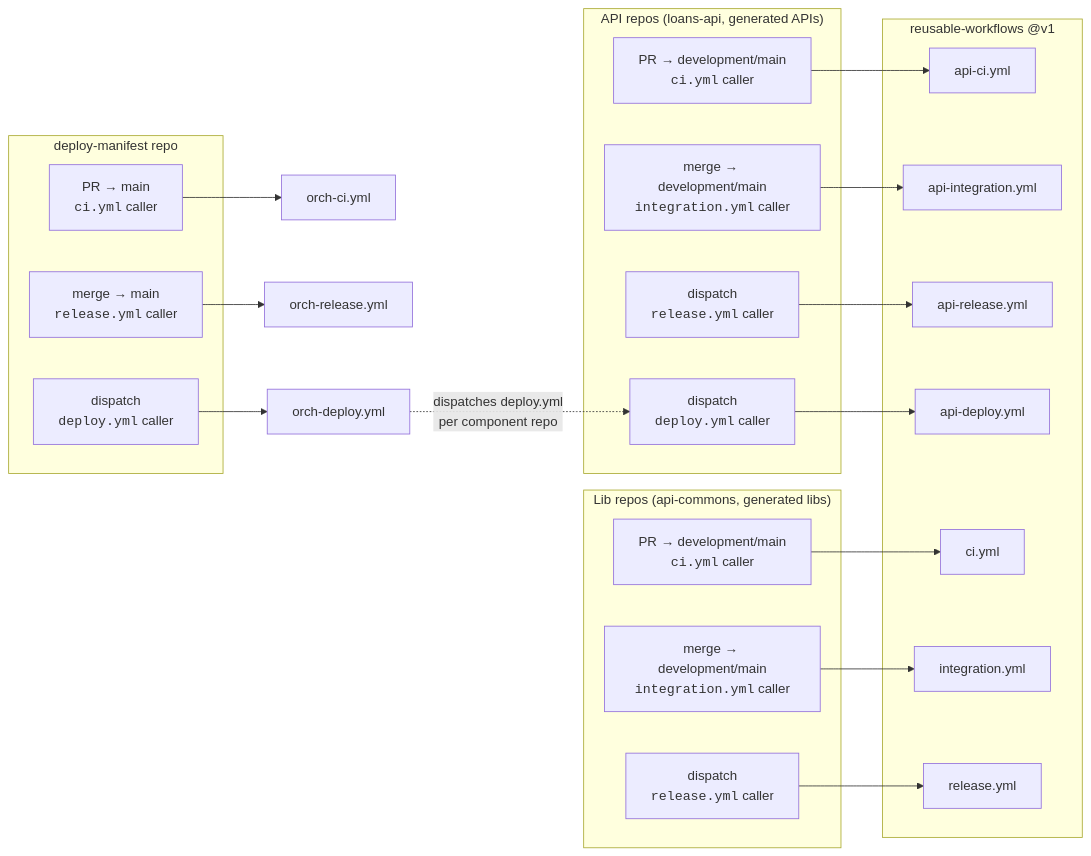
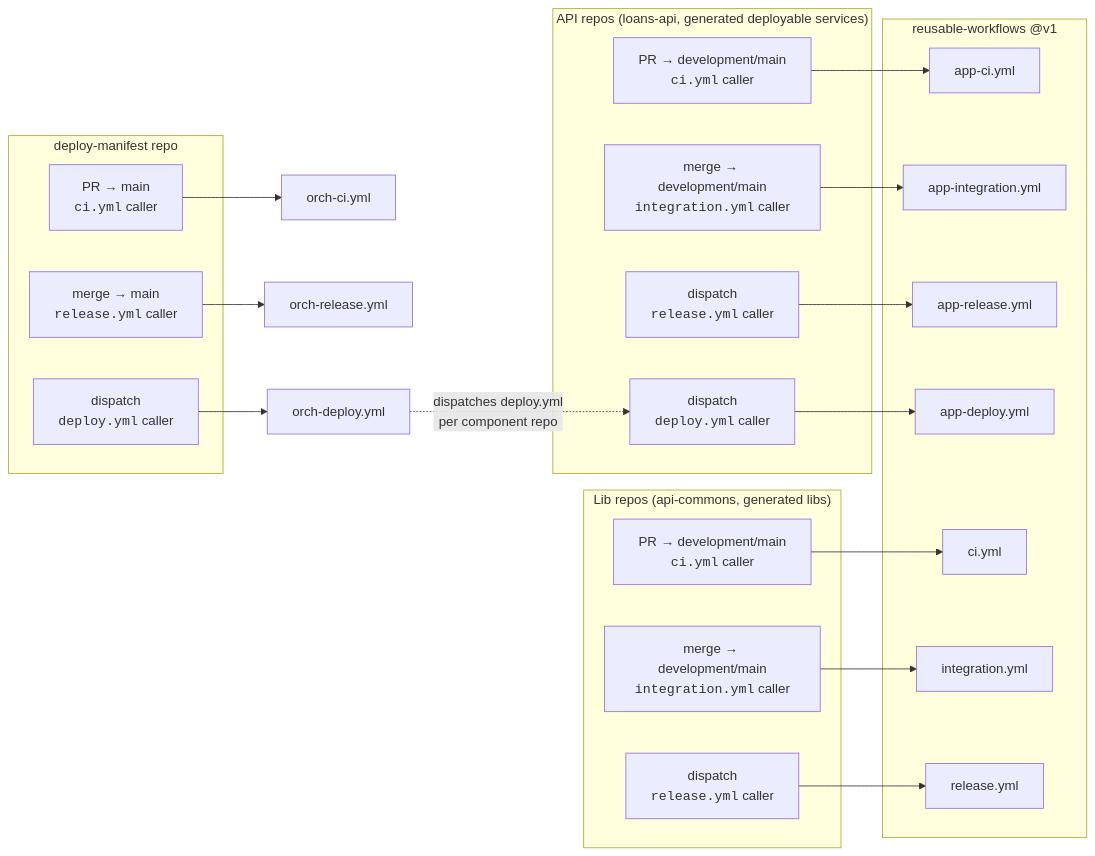
The first of 11 diagrams in docs/flows.md (progmise/reusable-workflows), drawn with Mermaid before and after one commit. The commit also changed other lines of this file and 9 other files, not shown here.

First line of the commit message:
refactor: rename api-* workflows to app-* (stack-agnostic deployables)

````diff
--- a/docs/flows.md
+++ b/docs/flows.md
@@ -8,42 +8,42 @@
 ```mermaid
 flowchart LR
-    subgraph API["API repos (loans-api, generated APIs)"]
+    subgraph API["API repos (loans-api, generated deployable services)"]
         A_PR["PR → development/main<br/><code>ci.yml</code> caller"]
         A_PUSH["merge → development/main<br/><code>integration.yml</code> caller"]
         A_REL["dispatch<br/><code>release.yml</code> caller"]
         A_DEP["dispatch<br/><code>deploy.yml</code> caller"]
     end
     subgraph LIB["Lib repos (api-commons, generated libs)"]
         L_PR["PR → development/main<br/><code>ci.yml</code> caller"]
         L_PUSH["merge → development/main<br/><code>integration.yml</code> caller"]
         L_REL["dispatch<br/><code>release.yml</code> caller"]
     end
     subgraph RW["reusable-workflows @v1"]
-        RW_ACI[api-ci.yml]
-        RW_AIN[api-integration.yml]
-        RW_ARE[api-release.yml]
-        RW_ADE[api-deploy.yml]
+        RW_ACI[app-ci.yml]
+        RW_AIN[app-integration.yml]
+        RW_ARE[app-release.yml]
+        RW_ADE[app-deploy.yml]
         RW_CI[ci.yml]
         RW_IN[integration.yml]
         RW_RE[release.yml]
     end
     A_PR --> RW_ACI
     A_PUSH --> RW_AIN
     A_REL --> RW_ARE
     A_DEP --> RW_ADE
     L_PR --> RW_CI
     L_PUSH --> RW_IN
     L_REL --> RW_RE
     subgraph MAN["deploy-manifest repo"]
         M_PR["PR → main<br/><code>ci.yml</code> caller"]
         M_PUSH["merge → main<br/><code>release.yml</code> caller"]
         M_DEP["dispatch<br/><code>deploy.yml</code> caller"]
     end
     RW_OCI[orch-ci.yml]
     RW_ORE[orch-release.yml]
     RW_ODE[orch-deploy.yml]
     M_PR --> RW_OCI
     M_PUSH --> RW_ORE
     M_DEP --> RW_ODE
     RW_ODE -. "dispatches deploy.yml<br/>per component repo" .-> A_DEP
 ```
````
